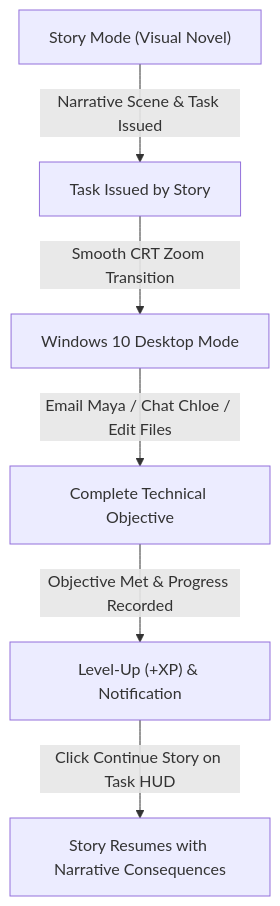
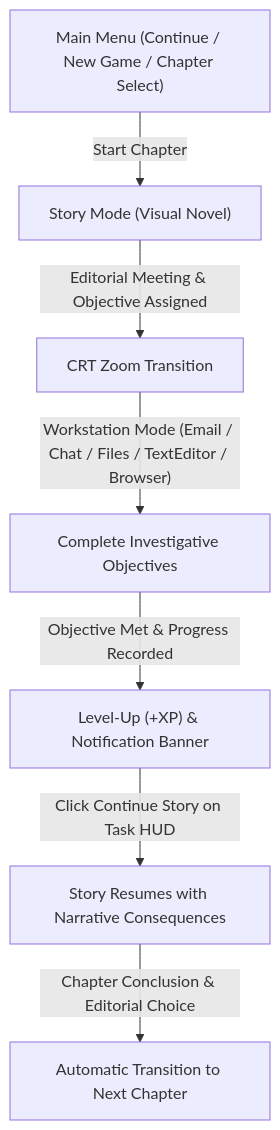
Before and after one commit to 2dprototype/lynux-caracal: the diagram in README.md, drawn with Mermaid. The commit also changed other lines of this file and 2 other files, not shown here.

````diff
--- a/README.md
+++ b/README.md
@@ -18,8 +20,9 @@
 ```mermaid
 graph TD
-    A["Story Mode (Visual Novel)"] -->|"Narrative Scene & Task Issued"| B["Task Issued by Story"]
-    B -->|"Smooth CRT Zoom Transition"| C["Windows 10 Desktop Mode"]
-    C -->|"Email Maya / Chat Chloe / Edit Files"| D["Complete Technical Objective"]
-    D -->|"Objective Met & Progress Recorded"| E["Level-Up (+XP) & Notification"]
+    A["Main Menu (Continue / New Game / Chapter Select)"] -->|"Start Chapter"| B["Story Mode (Visual Novel)"]
+    B -->|"Editorial Meeting & Objective Assigned"| C["CRT Zoom Transition"]
+    C -->|"Workstation Mode (Email / Chat / Files / TextEditor / Browser)"| D["Complete Investigative Objectives"]
+    D -->|"Objective Met & Progress Recorded"| E["Level-Up (+XP) & Notification Banner"]
     E -->|"Click Continue Story on Task HUD"| F["Story Resumes with Narrative Consequences"]
+    F -->|"Chapter Conclusion & Editorial Choice"| G["Automatic Transition to Next Chapter"]
 ```
````
